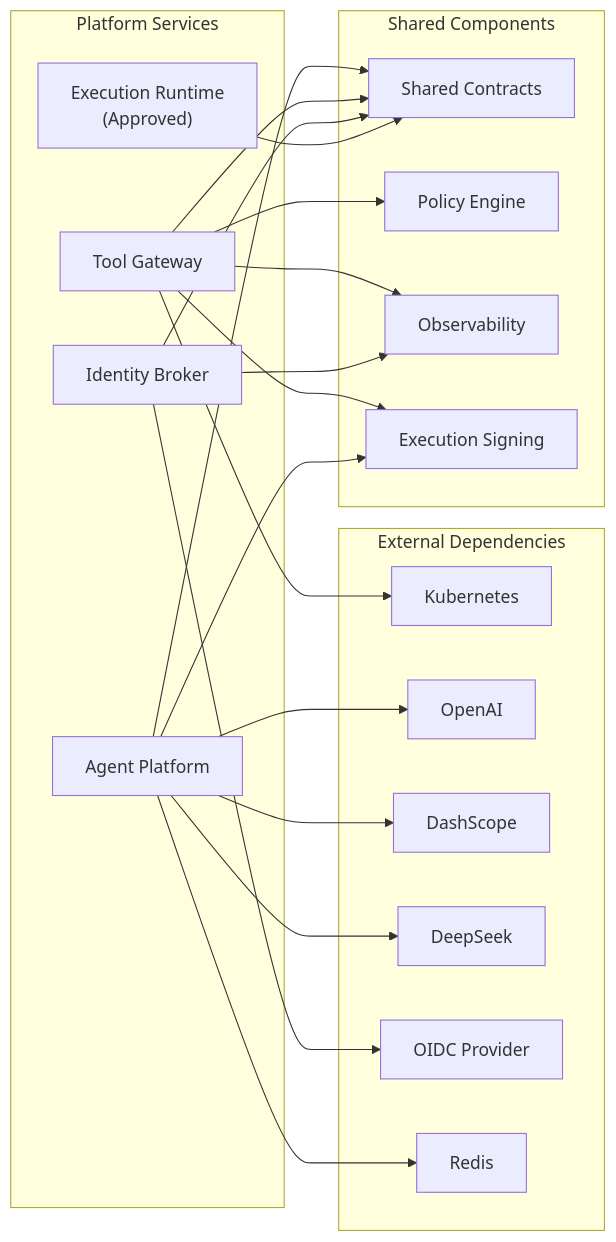
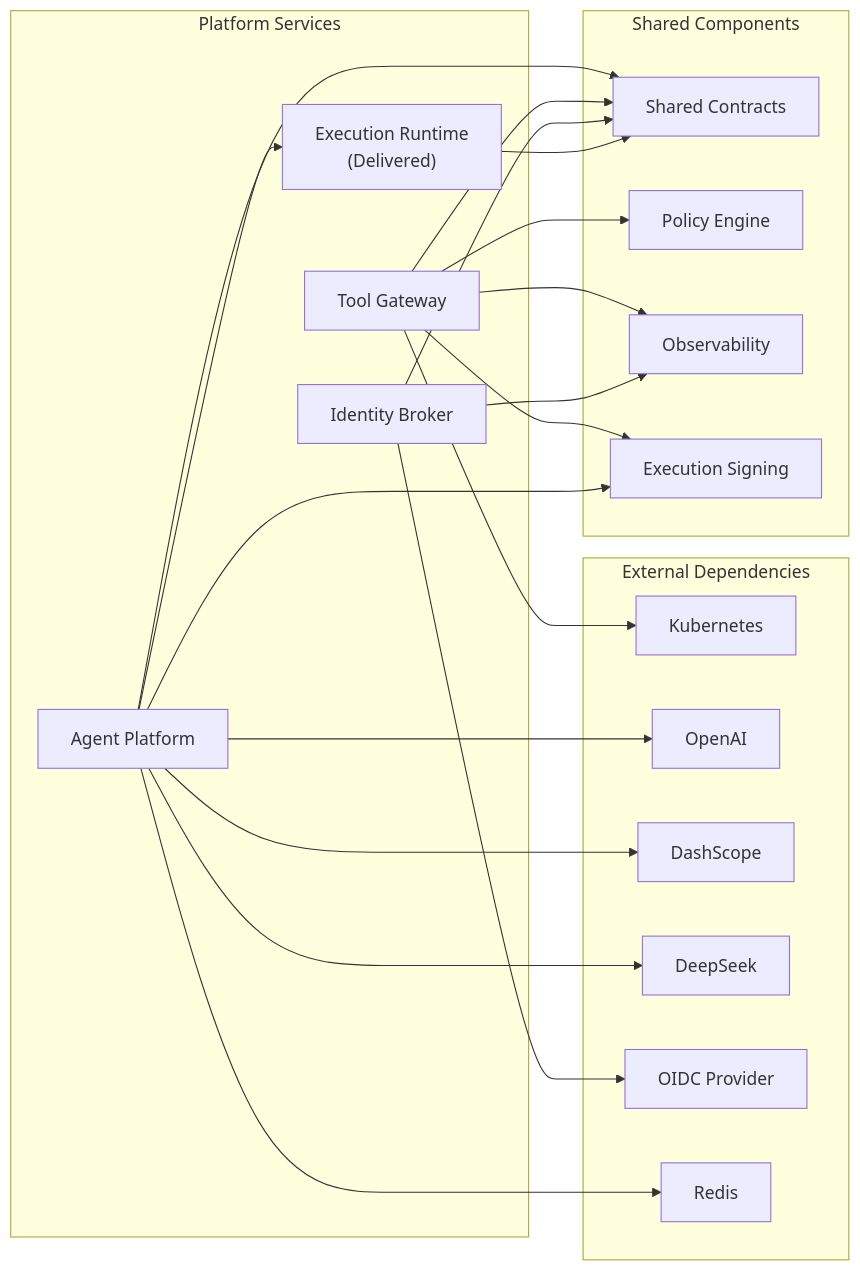
One commit to metasync/luban-aiops changed the seventh of 8 diagrams in .qoder/repowiki/en/content/Project Overview.md. Above: the diagram before and after it, drawn with Mermaid. The commit also changed other lines of this file and 2 other files, not shown here.

````diff
--- a/.qoder/repowiki/en/content/Project Overview.md
+++ b/.qoder/repowiki/en/content/Project Overview.md
@@ -430,38 +453,39 @@
 ```mermaid
 graph LR
 subgraph "External Dependencies"
 K8S["Kubernetes"]
 OpenAI["OpenAI"]
 DashScope["DashScope"]
 DeepSeek["DeepSeek"]
 OIDC["OIDC Provider"]
 Redis["Redis"]
 end
 subgraph "Platform Services"
 TG["Tool Gateway"]
 AP["Agent Platform"]
 IB["Identity Broker"]
-ER["Execution Runtime<br/>(Approved)"]
+ER["Execution Runtime<br/>(Delivered)"]
 end
 subgraph "Shared Components"
 SC["Shared Contracts"]
 POL["Policy Engine"]
 OBS["Observability"]
 SIG["Execution Signing"]
 end
 TG --> K8S
 TG --> POL
 TG --> OBS
 TG --> SIG
 AP --> OpenAI
 AP --> DashScope
 AP --> DeepSeek
 AP --> Redis
 AP --> SIG
+AP --> ER
 IB --> OIDC
 IB --> OBS
 AP --> SC
 TG --> SC
 IB --> SC
 ER --> SC
 ```
````
